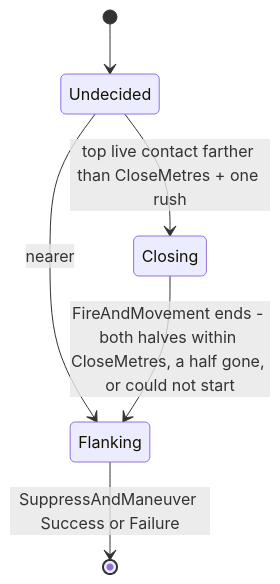
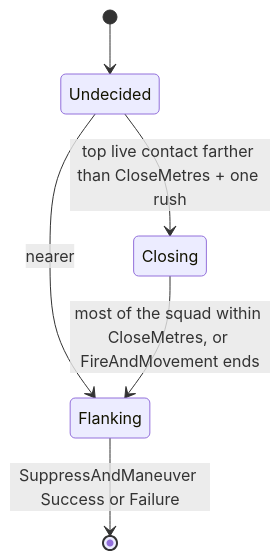
Before and after one commit to pjanec/HROT: diagram 21 of 37 in docs/designs/group-maneuvers/DESIGN_Squad_Tactics.md, drawn with Mermaid. The commit also changed other lines of this file and 8 other files, not shown here.

````diff
--- a/docs/designs/group-maneuvers/DESIGN_Squad_Tactics.md
+++ b/docs/designs/group-maneuvers/DESIGN_Squad_Tactics.md
@@ -1037,8 +1037,8 @@
 ```mermaid
 stateDiagram-v2
     [*] --> Undecided
     Undecided --> Closing: top live contact farther than CloseMetres + one rush
     Undecided --> Flanking: nearer
-    Closing --> Flanking: FireAndMovement ends - both halves within CloseMetres, a half gone, or could not start
+    Closing --> Flanking: most of the squad within CloseMetres, or FireAndMovement ends
     Flanking --> [*]: SuppressAndManeuver Success or Failure
 ```
````
